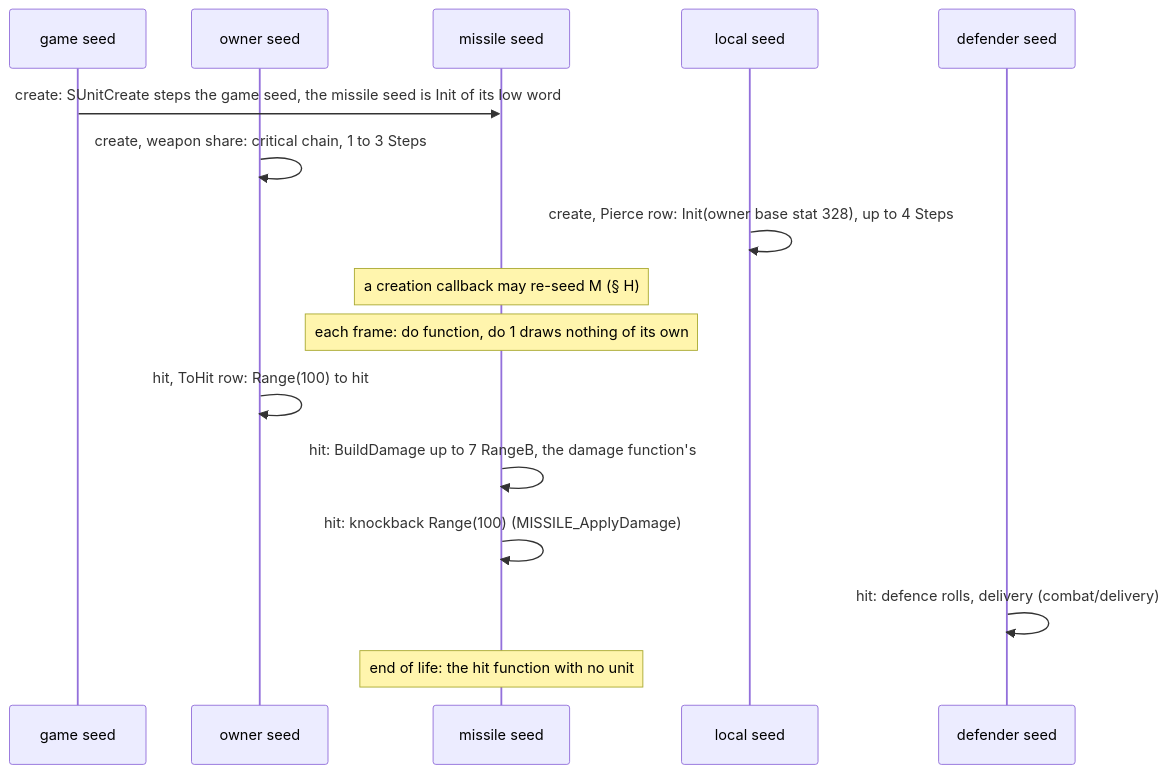
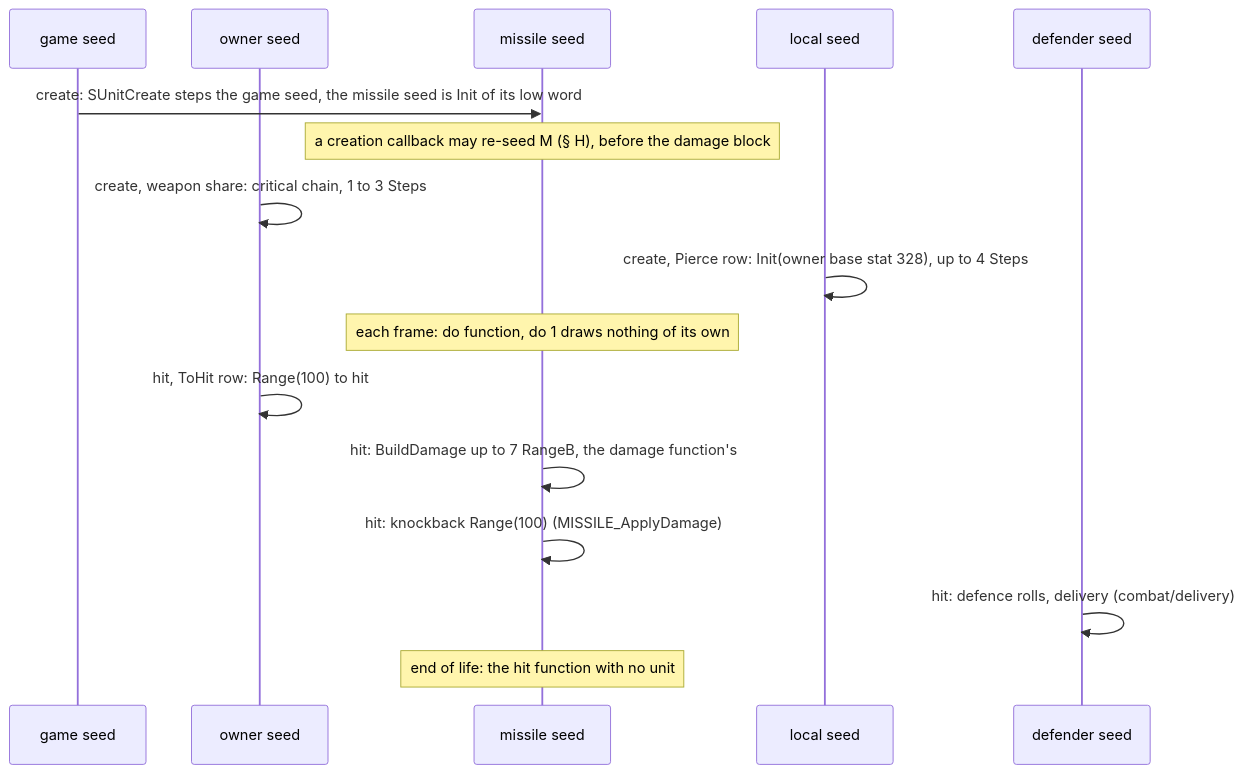
Before and after one commit to IgorKonovalov/diablo-2-recompilation: the second of 2 diagrams in docs/specs/skills/missiles.md, drawn with Mermaid. The commit also changed other lines of this file and 14 other files, not shown here.

````diff
--- a/docs/specs/skills/missiles.md
+++ b/docs/specs/skills/missiles.md
@@ -110,18 +110,18 @@
 ```mermaid
 sequenceDiagram
   participant G as game seed
   participant O as owner seed
   participant M as missile seed
   participant L as local seed
   participant D as defender seed
   G->>M: create: SUnitCreate steps the game seed, the missile seed is Init of its low word
+  Note over M: a creation callback may re-seed M (§ H), before the damage block
   O->>O: create, weapon share: critical chain, 1 to 3 Steps
   L->>L: create, Pierce row: Init(owner base stat 328), up to 4 Steps
-  Note over M: a creation callback may re-seed M (§ H)
   Note over M: each frame: do function, do 1 draws nothing of its own
   O->>O: hit, ToHit row: Range(100) to hit
   M->>M: hit: BuildDamage up to 7 RangeB, the damage function's
   M->>M: hit: knockback Range(100) (MISSILE_ApplyDamage)
   D->>D: hit: defence rolls, delivery (combat/delivery)
   Note over M: end of life: the hit function with no unit
 ```
````
